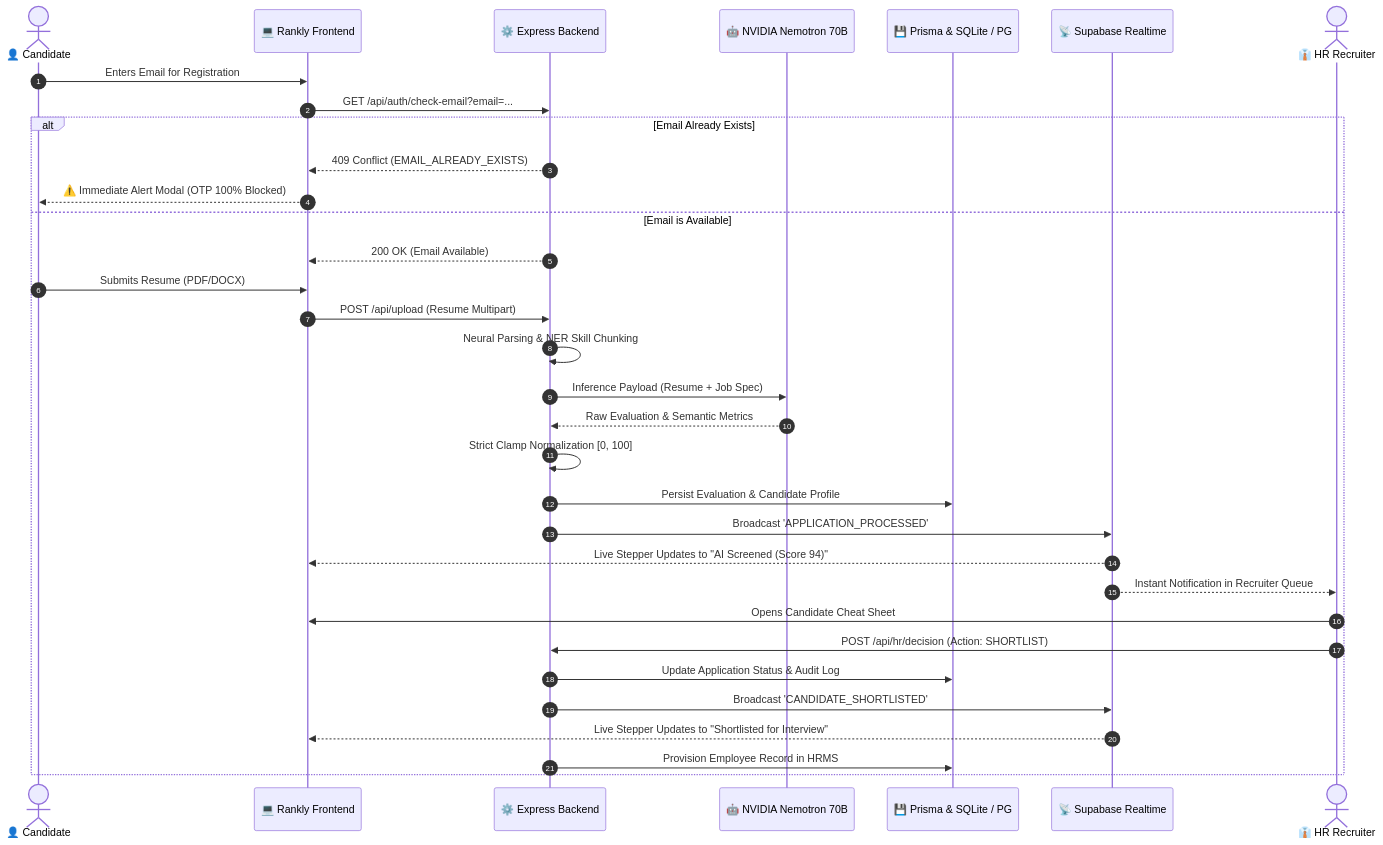
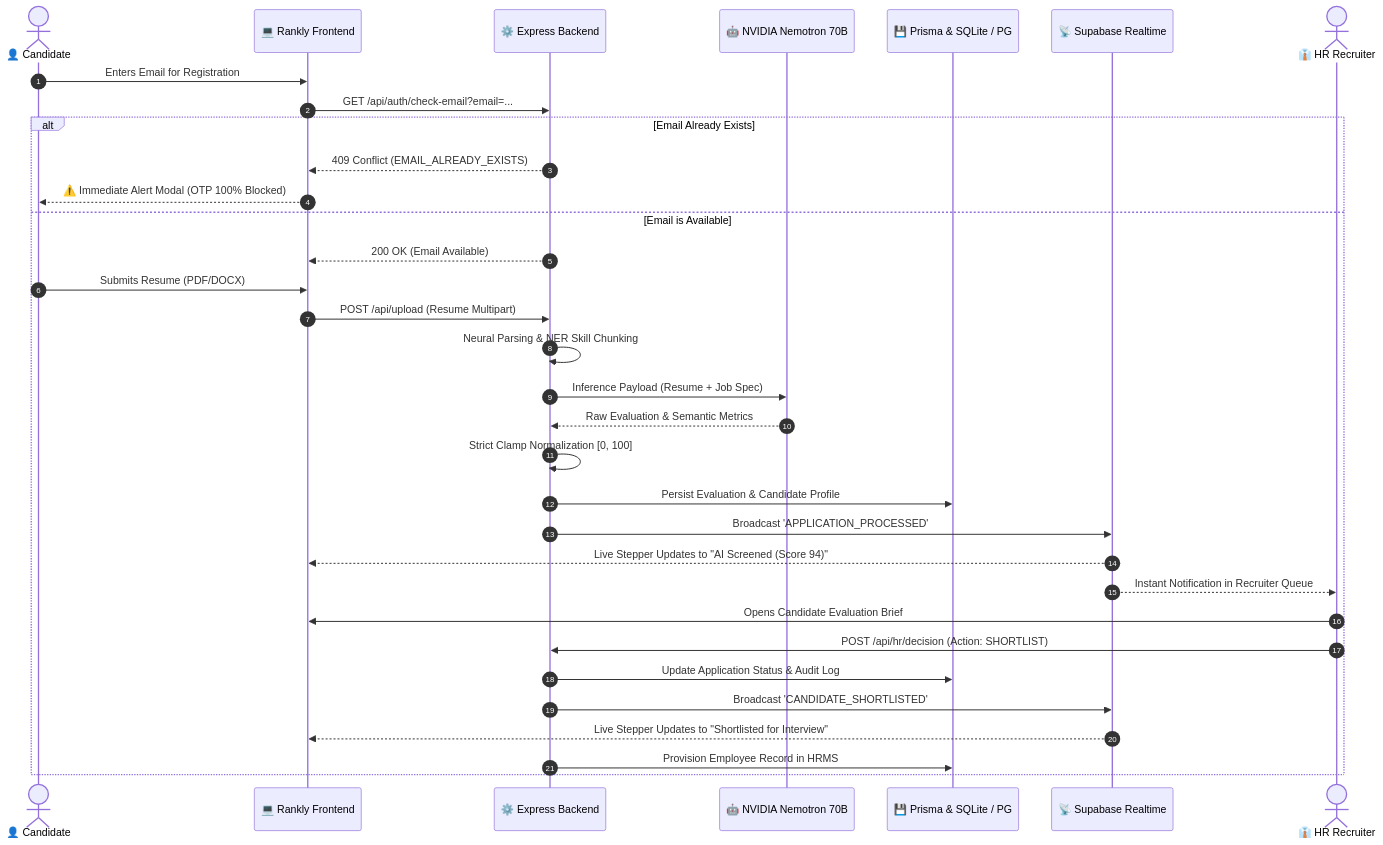
One commit to mayursweet52/Rankly.Ai changed the second of 2 diagrams in README.md. Above: the diagram before and after it, drawn with Mermaid. The commit also changed other lines of this file and 9 other files, not shown here.

````diff
--- a/README.md
+++ b/README.md
@@ -161,36 +161,36 @@
 ```mermaid
 sequenceDiagram
     autonumber
     actor Candidate as 👤 Candidate
     participant Frontend as 💻 Rankly Frontend
     participant Server as ⚙️ Express Backend
     participant AI as 🤖 NVIDIA Nemotron 70B
     participant DB as 💾 Prisma & SQLite / PG
     participant RT as 📡 Supabase Realtime
     actor HR as 👔 HR Recruiter
 
     Candidate->>Frontend: Enters Email for Registration
     Frontend->>Server: GET /api/auth/check-email?email=...
     alt Email Already Exists
         Server-->>Frontend: 409 Conflict (EMAIL_ALREADY_EXISTS)
         Frontend-->>Candidate: ⚠️ Immediate Alert Modal (OTP 100% Blocked)
     else Email is Available
         Server-->>Frontend: 200 OK (Email Available)
         Candidate->>Frontend: Submits Resume (PDF/DOCX)
         Frontend->>Server: POST /api/upload (Resume Multipart)
         Server->>Server: Neural Parsing & NER Skill Chunking
         Server->>AI: Inference Payload (Resume + Job Spec)
         AI-->>Server: Raw Evaluation & Semantic Metrics
         Server->>Server: Strict Clamp Normalization [0, 100]
         Server->>DB: Persist Evaluation & Candidate Profile
         Server->>RT: Broadcast 'APPLICATION_PROCESSED'
         RT-->>Frontend: Live Stepper Updates to "AI Screened (Score 94)"
         RT-->>HR: Instant Notification in Recruiter Queue
-        HR->>Frontend: Opens Candidate Cheat Sheet
+        HR->>Frontend: Opens Candidate Evaluation Brief
         HR->>Server: POST /api/hr/decision (Action: SHORTLIST)
         Server->>DB: Update Application Status & Audit Log
         Server->>RT: Broadcast 'CANDIDATE_SHORTLISTED'
         RT-->>Frontend: Live Stepper Updates to "Shortlisted for Interview"
         Server->>DB: Provision Employee Record in HRMS
     end
 ```
````
